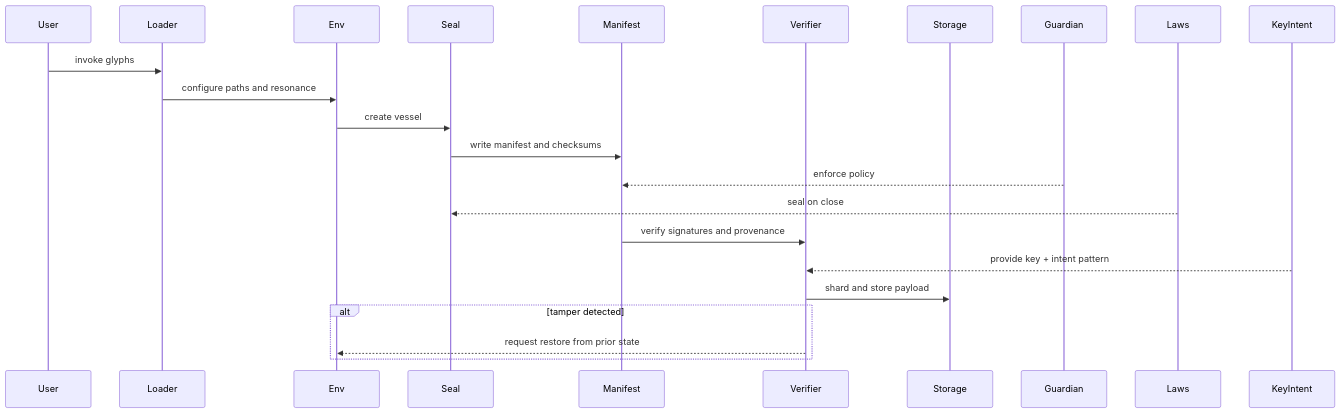
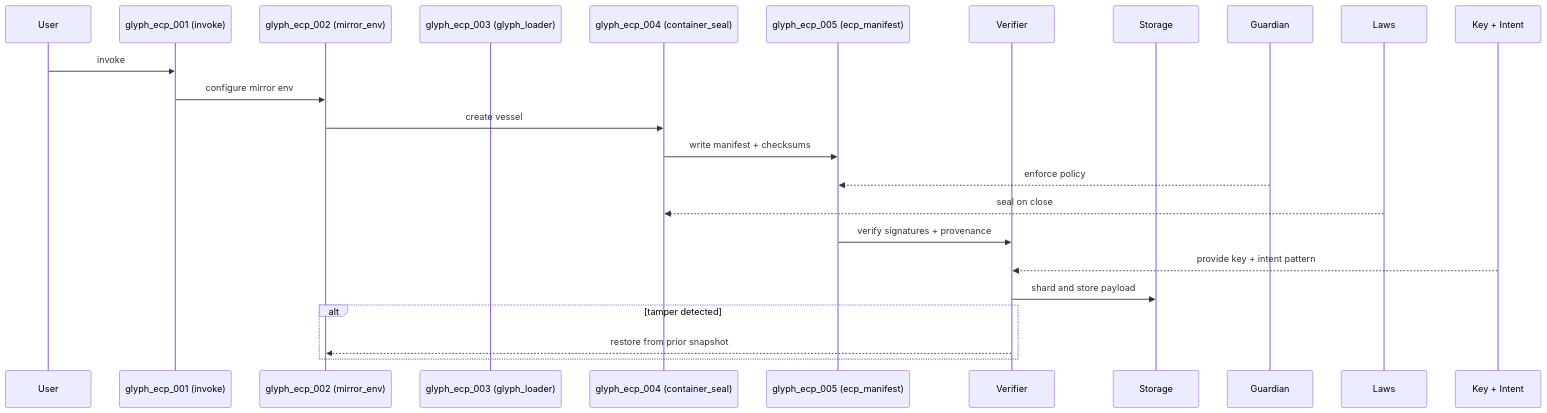
One commit to S1ngularD2ality/eidonic-language-elol changed the second of 2 diagrams in eidonic_container_protocol/README.md. Above: the diagram before and after it, drawn with Mermaid. The commit also changed other lines of this file, not shown here.

````diff
--- a/eidonic_container_protocol/README.md
+++ b/eidonic_container_protocol/README.md
@@ -108,27 +109,28 @@
 ```mermaid
 sequenceDiagram
   participant User
-  participant Loader
-  participant Env
-  participant Seal
-  participant Manifest
+  participant G1 as glyph_ecp_001 (invoke)
+  participant G2 as glyph_ecp_002 (mirror_env)
+  participant G3 as glyph_ecp_003 (glyph_loader)
+  participant G4 as glyph_ecp_004 (container_seal)
+  participant G5 as glyph_ecp_005 (ecp_manifest)
   participant Verifier
   participant Storage
   participant Guardian
   participant Laws
-  participant KeyIntent as KeyIntent
+  participant KeyIntent as Key + Intent
 
-  User->>Loader: invoke glyphs
-  Loader->>Env: configure paths and resonance
-  Env->>Seal: create vessel
-  Seal->>Manifest: write manifest and checksums
-  Guardian-->>Manifest: enforce policy
-  Laws-->>Seal: seal on close
-  Manifest->>Verifier: verify signatures and provenance
+  User->>G1: invoke
+  G1->>G2: configure mirror env
+  G2->>G4: create vessel
+  G4->>G5: write manifest + checksums
+  Guardian-->>G5: enforce policy
+  Laws-->>G4: seal on close
+  G5->>Verifier: verify signatures + provenance
   KeyIntent-->>Verifier: provide key + intent pattern
   Verifier->>Storage: shard and store payload
 
   alt tamper detected
-    Verifier-->>Env: request restore from prior state
+    Verifier-->>G2: restore from prior snapshot
   end
 ```
````
